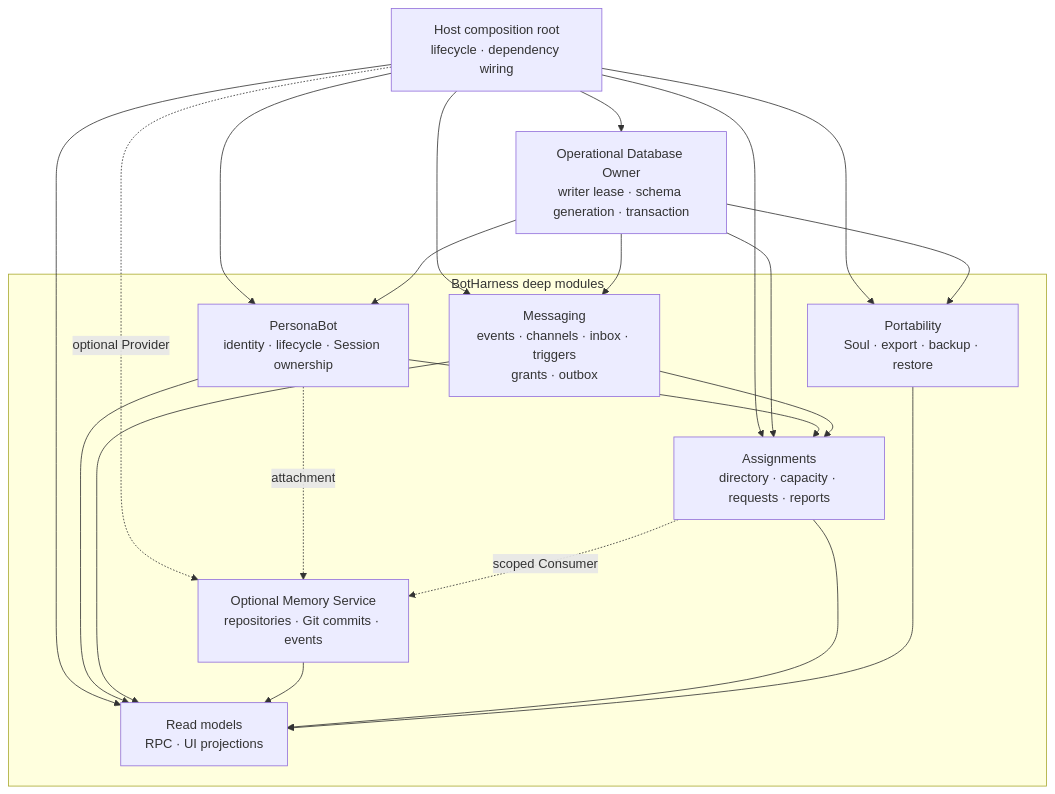
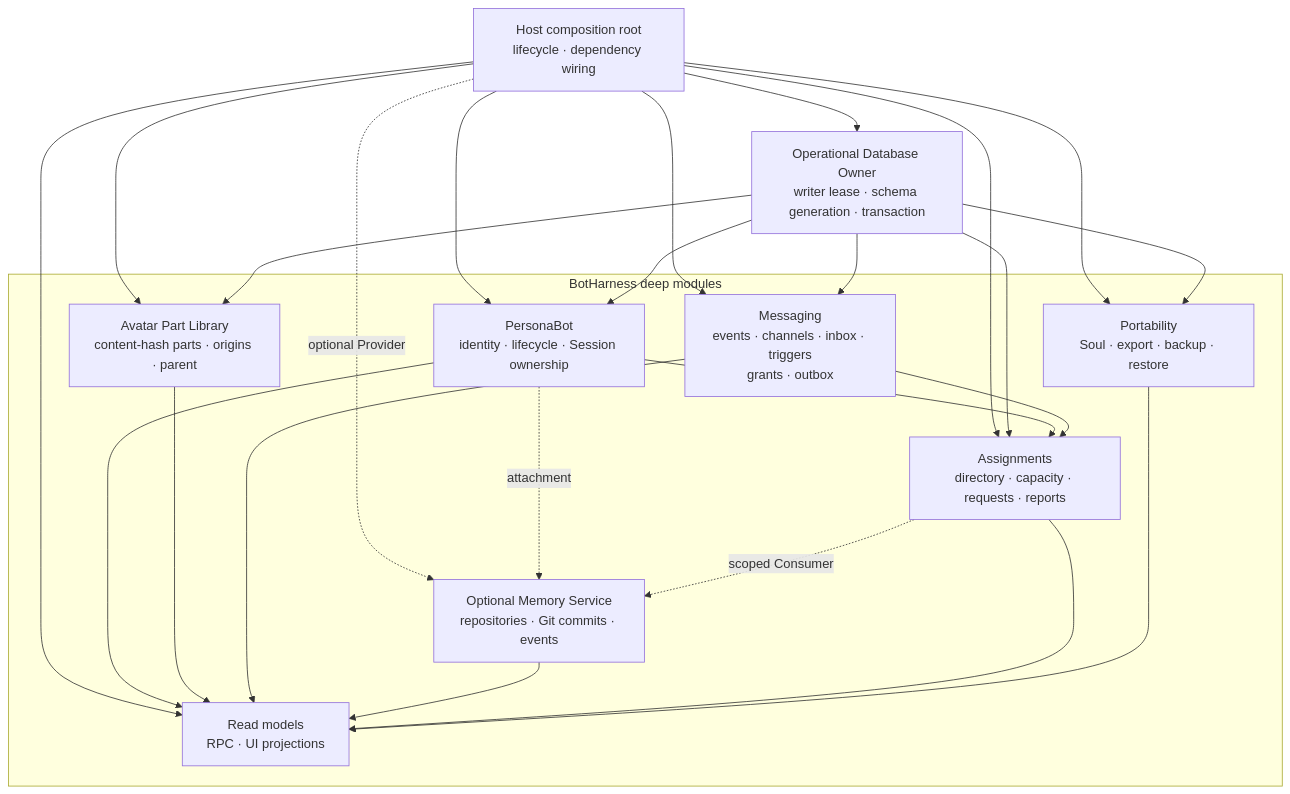
The diagram in docs/architecture/diagrams/02-modules.mmd (sdkwork-ai/sdkwork-deepseekbot), drawn with Mermaid before and after one commit. The commit also changed 30 other files, not shown here.

First line of the commit message:
feat(avatar): draw a headpiece into the Part Library and wear it (#1237)

```diff
--- a/docs/architecture/diagrams/02-modules.mmd
+++ b/docs/architecture/diagrams/02-modules.mmd
@@ -1,33 +1,37 @@
 flowchart TB
   Root["Host composition root<br/>lifecycle · dependency wiring"]
   DB["Operational Database Owner<br/>writer lease · schema generation · transaction"]
 
   subgraph Modules["BotHarness deep modules"]
     Bots["PersonaBot<br/>identity · lifecycle · Session ownership"]
+    PartLibrary["Avatar Part Library<br/>content-hash parts · origins · parent"]
     Memory["Optional Memory Service<br/>repositories · Git commits · events"]
     Msg["Messaging<br/>events · channels · inbox · triggers<br/>grants · outbox"]
     Assignments["Assignments<br/>directory · capacity · requests · reports"]
     Portable["Portability<br/>Soul · export · backup · restore"]
     Views["Read models<br/>RPC · UI projections"]
   end
 
   Root --> DB
   Root --> Bots
+  Root --> PartLibrary
   Root -. optional Provider .-> Memory
   Root --> Msg
   Root --> Assignments
   Root --> Portable
   Root --> Views
   DB --> Bots
+  DB --> PartLibrary
   DB --> Msg
   DB --> Assignments
   DB --> Portable
   Bots -. attachment .-> Memory
   Bots --> Assignments
   Msg --> Assignments
   Bots --> Views
+  PartLibrary --> Views
   Msg --> Views
   Assignments -. scoped Consumer .-> Memory
   Memory --> Views
   Assignments --> Views
   Portable --> Views
```
